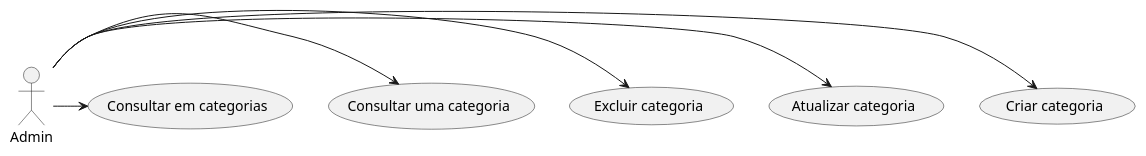
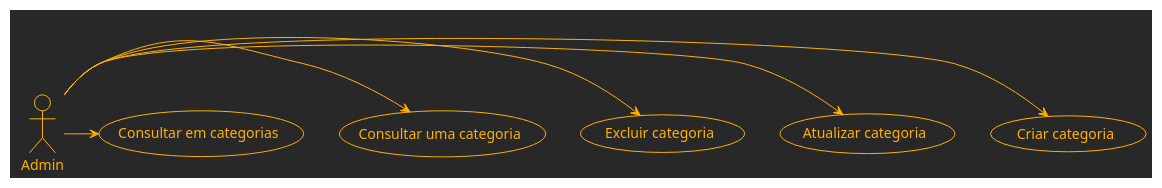
One commit to NortonLiaz88/micro-videos changed the diagram in uml/usecases/category.usecase.wsd. Above: the diagram before and after it, drawn with PlantUML. The commit also changed other lines of this file and 10 other files, not shown here.

```diff
--- a/uml/usecases/category.usecase.wsd
+++ b/uml/usecases/category.usecase.wsd
@@ -1,10 +1,11 @@
 @startuml
+    !theme crt-amber
 
 :Admin: -> (Criar categoria)
 :Admin: -> (Atualizar categoria)
 :Admin: -> (Excluir categoria)
 :Admin: -> (Consultar uma categoria)
 :Admin: -> (Consultar em categorias)
 
 
 @enduml
```
